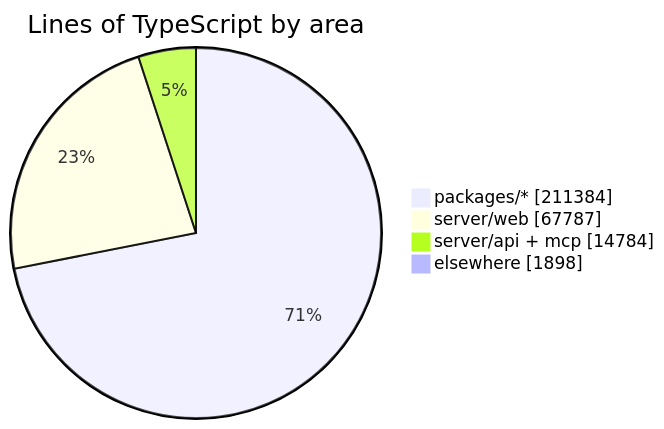
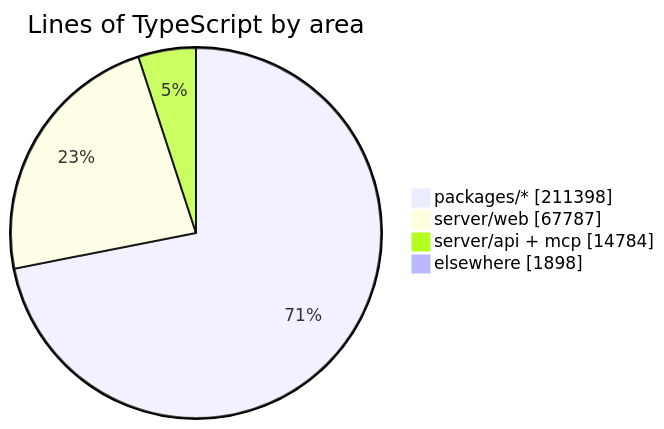
One commit to crossworks-engineering/mantle changed the diagram in README.md. Above: the diagram before and after it, drawn with Mermaid. The commit also changed other lines of this file and 2 other files, not shown here.

````diff
--- a/README.md
+++ b/README.md
@@ -287,7 +287,7 @@
 ```mermaid
 pie showData title Lines of TypeScript by area
-    "packages/*" : 211384
+    "packages/*" : 211398
     "server/web" : 67787
     "server/api + mcp" : 14784
     "elsewhere" : 1898
 ```
````
